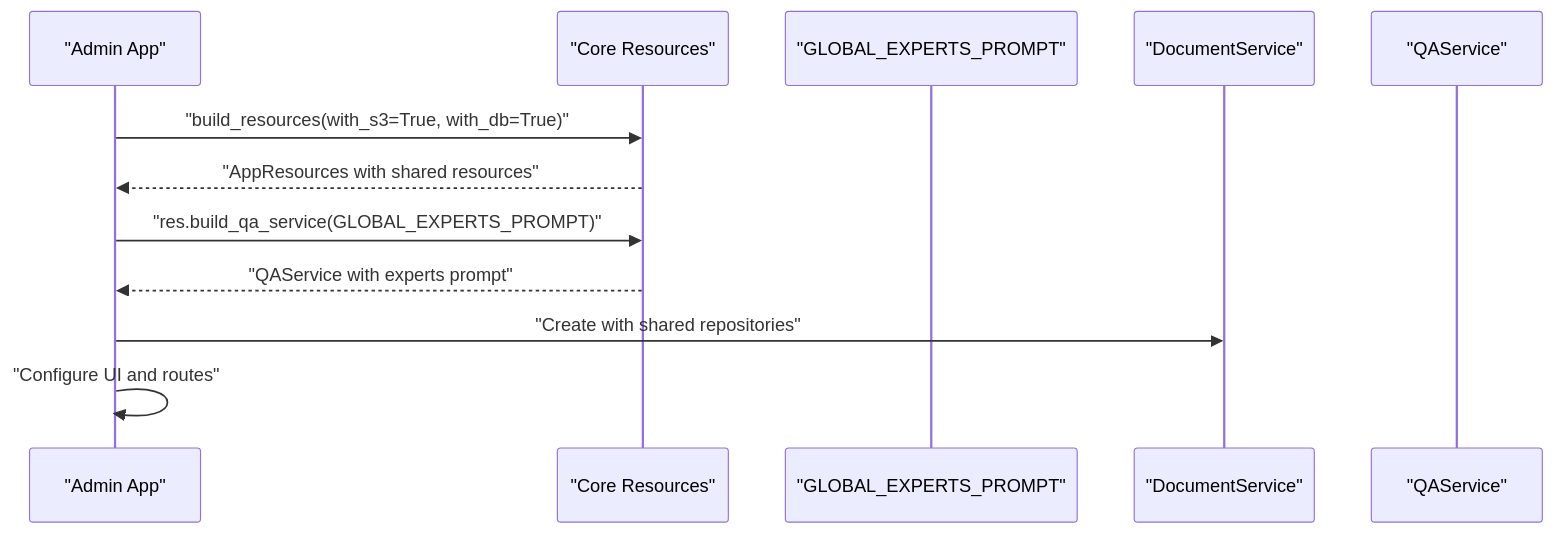
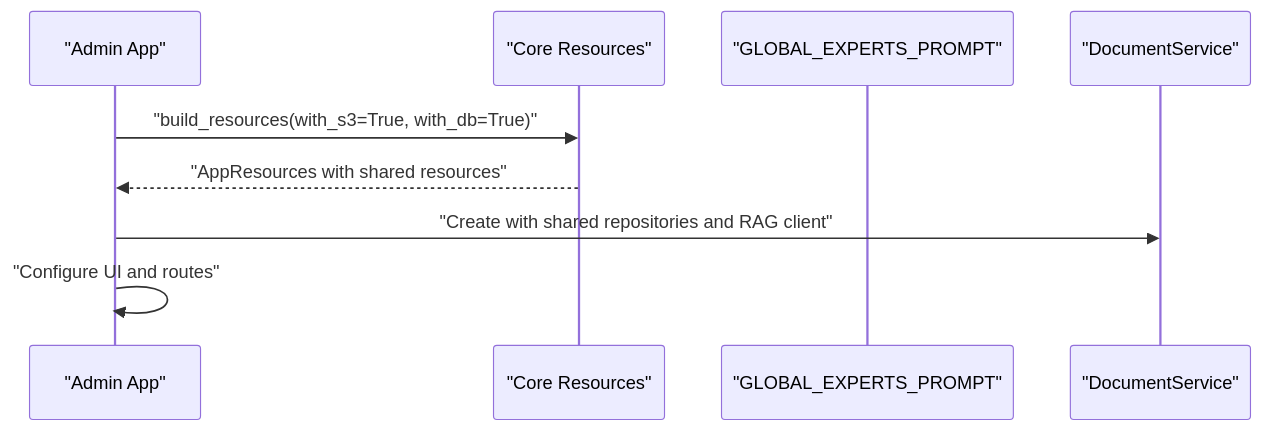
Before and after one commit to ognelis/cafetera_hr_bot: the sixth of 8 diagrams in .qoder/repowiki/en/content/API Reference/Resource Management System.md, drawn with Mermaid. The commit also changed other lines of this file and 69 other files, not shown here.

Commit message:
CAFETERA-62 Implemented RAG service

````diff
--- a/.qoder/repowiki/en/content/API Reference/Resource Management System.md
+++ b/.qoder/repowiki/en/content/API Reference/Resource Management System.md
@@ -393,14 +320,11 @@
 ```mermaid
 sequenceDiagram
 participant Admin as "Admin App"
 participant Core as "Core Resources"
 participant Prompt as "GLOBAL_EXPERTS_PROMPT"
 participant DocSvc as "DocumentService"
-participant QA as "QAService"
 Admin->>Core : "build_resources(with_s3=True, with_db=True)"
 Core-->>Admin : "AppResources with shared resources"
-Admin->>Core : "res.build_qa_service(GLOBAL_EXPERTS_PROMPT)"
-Core-->>Admin : "QAService with experts prompt"
-Admin->>DocSvc : "Create with shared repositories"
+Admin->>DocSvc : "Create with shared repositories and RAG client"
 Admin->>Admin : "Configure UI and routes"
 ```
````
